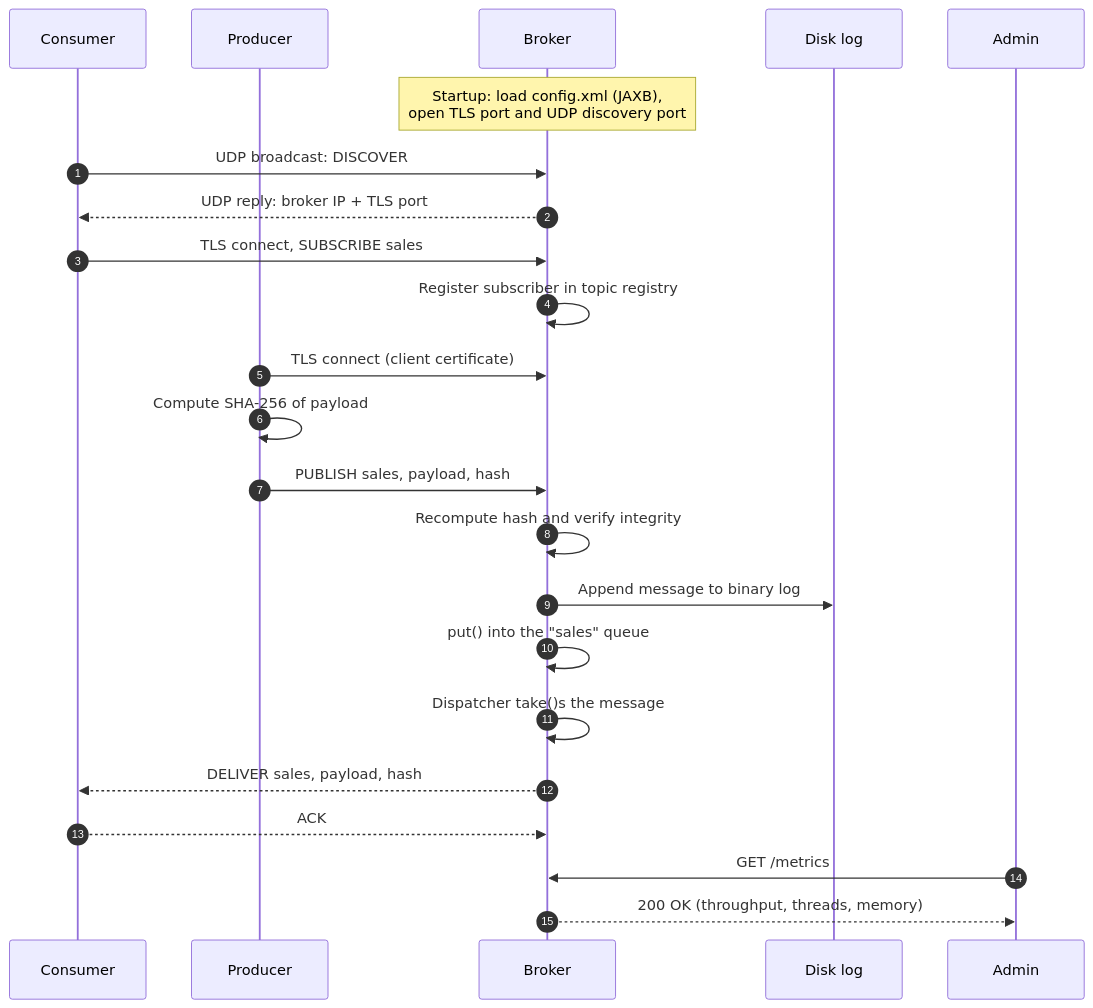
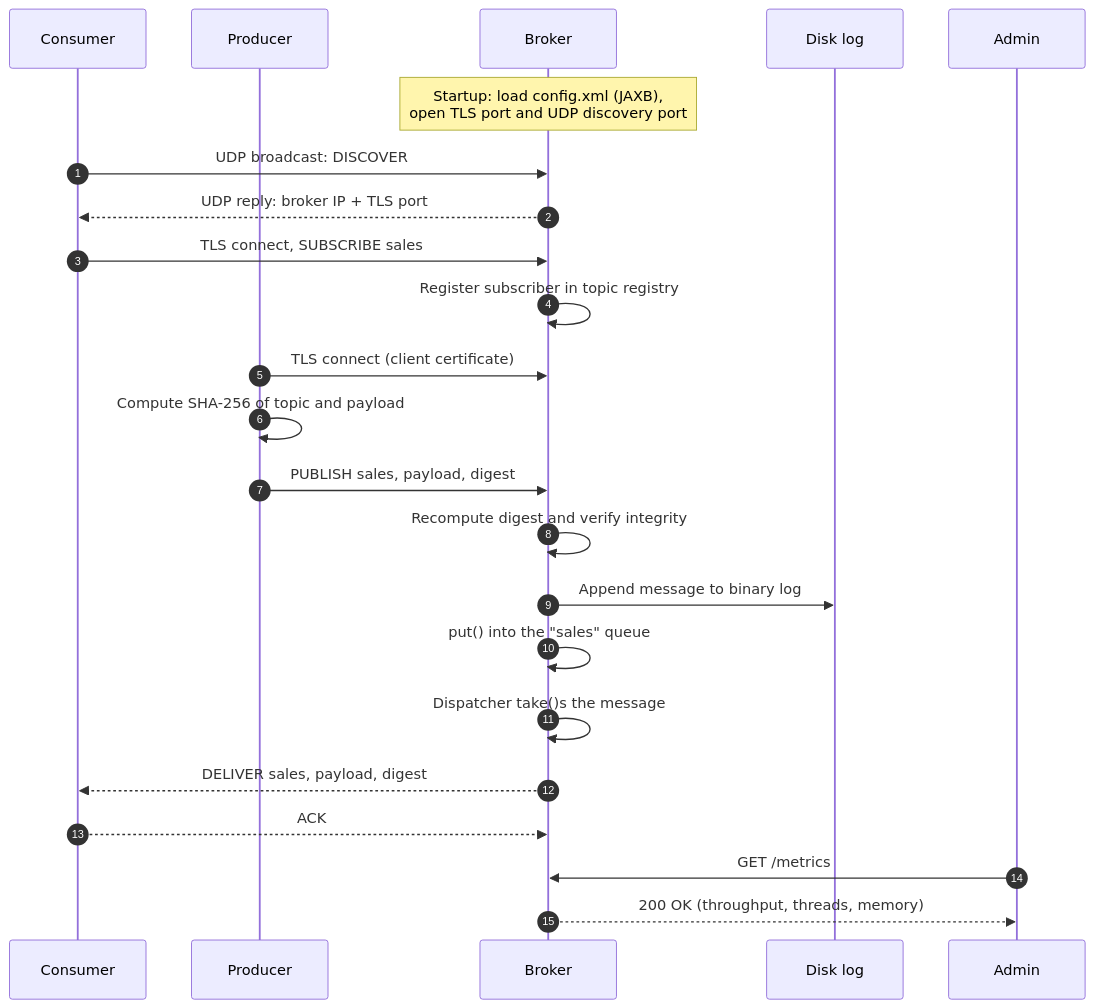
One commit to Dieg0R01/DESS changed the second of 2 diagrams in README.md. Above: the diagram before and after it, drawn with Mermaid. The commit also changed other lines of this file, not shown here.

````diff
--- a/README.md
+++ b/README.md
@@ -127,29 +127,29 @@
 ```mermaid
 sequenceDiagram
     autonumber
     participant C as Consumer
     participant P as Producer
     participant B as Broker
     participant D as Disk log
     participant A as Admin
 
     Note over B: Startup: load config.xml (JAXB),<br/>open TLS port and UDP discovery port
 
     C->>B: UDP broadcast: DISCOVER
     B-->>C: UDP reply: broker IP + TLS port
     C->>B: TLS connect, SUBSCRIBE sales
     B->>B: Register subscriber in topic registry
 
     P->>B: TLS connect (client certificate)
-    P->>P: Compute SHA-256 of payload
-    P->>B: PUBLISH sales, payload, hash
-    B->>B: Recompute hash and verify integrity
+    P->>P: Compute SHA-256 of topic and payload
+    P->>B: PUBLISH sales, payload, digest
+    B->>B: Recompute digest and verify integrity
     B->>D: Append message to binary log
     B->>B: put() into the "sales" queue
     B->>B: Dispatcher take()s the message
-    B-->>C: DELIVER sales, payload, hash
+    B-->>C: DELIVER sales, payload, digest
     C-->>B: ACK
 
     A->>B: GET /metrics
     B-->>A: 200 OK (throughput, threads, memory)
 ```
````
